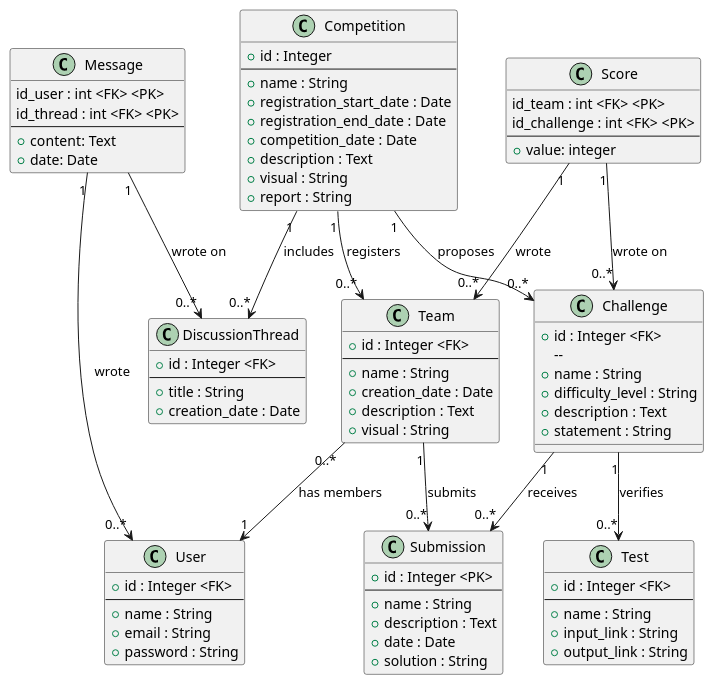
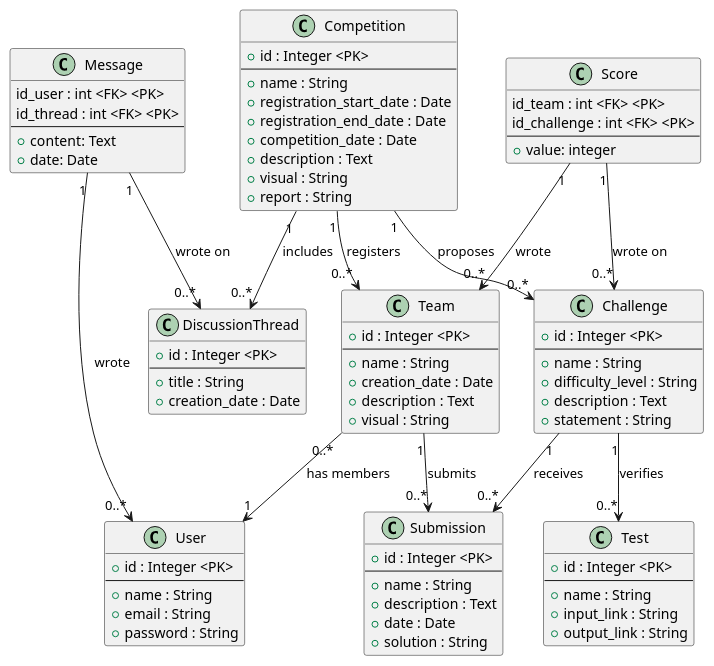
Before and after one commit to Rayane0001/domJudge: the second of 2 diagrams in README.md, drawn with PlantUML.

```diff
--- a/README.md
+++ b/README.md
@@ -102,8 +102,8 @@
 
 @startuml
 class "Challenge" {
-+ id : Integer <FK>
- --
++ id : Integer <PK>
+--
 + name : String
 + difficulty_level : String
 + description : Text
@@ -111,7 +111,7 @@
   }
 
 class Competition {
-+ id : Integer
++ id : Integer <PK>
 --
 + name : String
 + registration_start_date : Date
@@ -123,14 +123,14 @@
   }
 
 class DiscussionThread {
-+ id : Integer <FK>
++ id : Integer <PK>
 --
 + title : String
 + creation_date : Date
   }
 
 class User {
-+ id : Integer <FK>
++ id : Integer <PK>
 --
 + name : String
 + email : String
@@ -138,7 +138,7 @@
   }
 
 class Team {
-+ id : Integer <FK>
++ id : Integer <PK>
 --
 + name : String
 + creation_date : Date
@@ -147,7 +147,7 @@
   }
 
 class Test {
-+ id : Integer <FK>
++ id : Integer <PK>
 --
 + name : String
 + input_link : String
```
